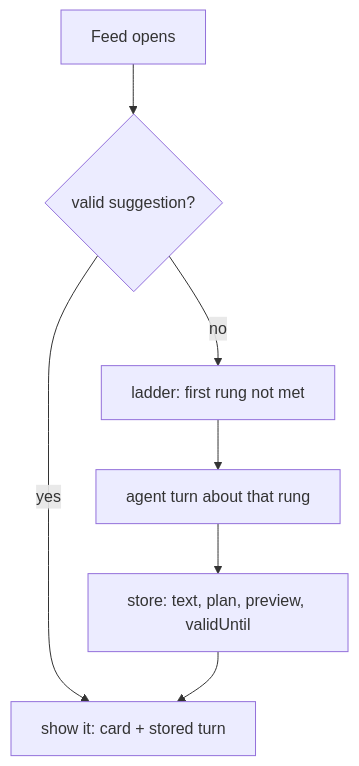
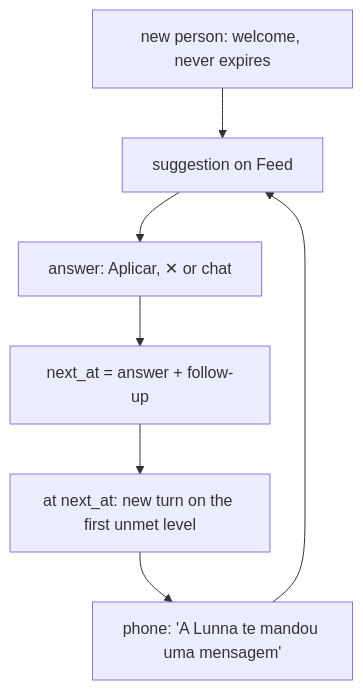
One commit to pietroid/lunna changed the first of 5 diagrams in product/research/2026-10-29-agentic-suggestions/README.md. Above: the diagram before and after it, drawn with Mermaid. The commit also changed other lines of this file and 8 other files, not shown here.

````diff
--- a/product/research/2026-10-29-agentic-suggestions/README.md
+++ b/product/research/2026-10-29-agentic-suggestions/README.md
@@ -10,9 +10,9 @@
 ```mermaid
 flowchart TD
-  A[Feed opens] --> B{valid suggestion?}
-  B -- yes --> C[show it: card + stored turn]
-  B -- no --> D[ladder: first rung not met]:::key
-  D --> E[agent turn about that rung]
-  E --> F[store: text, plan, preview, validUntil]
-  F --> C
+  W[new person: welcome, never expires] --> S[suggestion on Feed]
+  S --> A[answer: Aplicar, ✕ or chat]
+  A --> N[next_at = answer + follow-up]:::key
+  N --> T[at next_at: new turn on the first unmet level]
+  T --> P[phone: 'A Lunna te mandou uma mensagem']
+  P --> S
 ```
````
